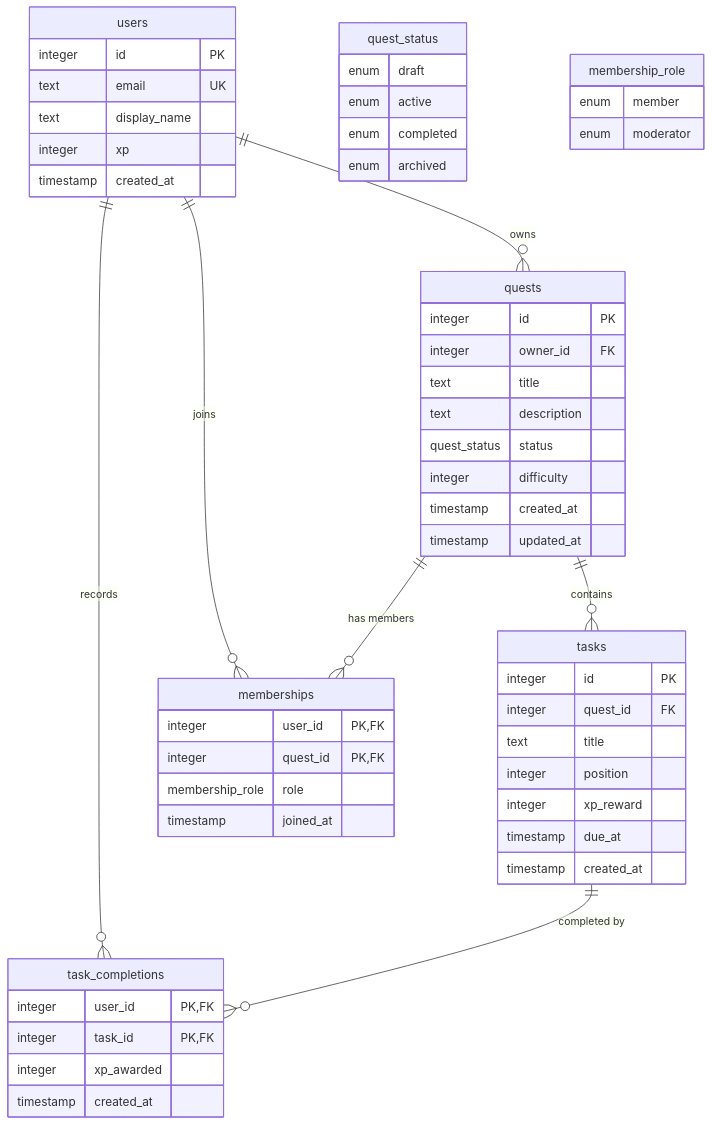
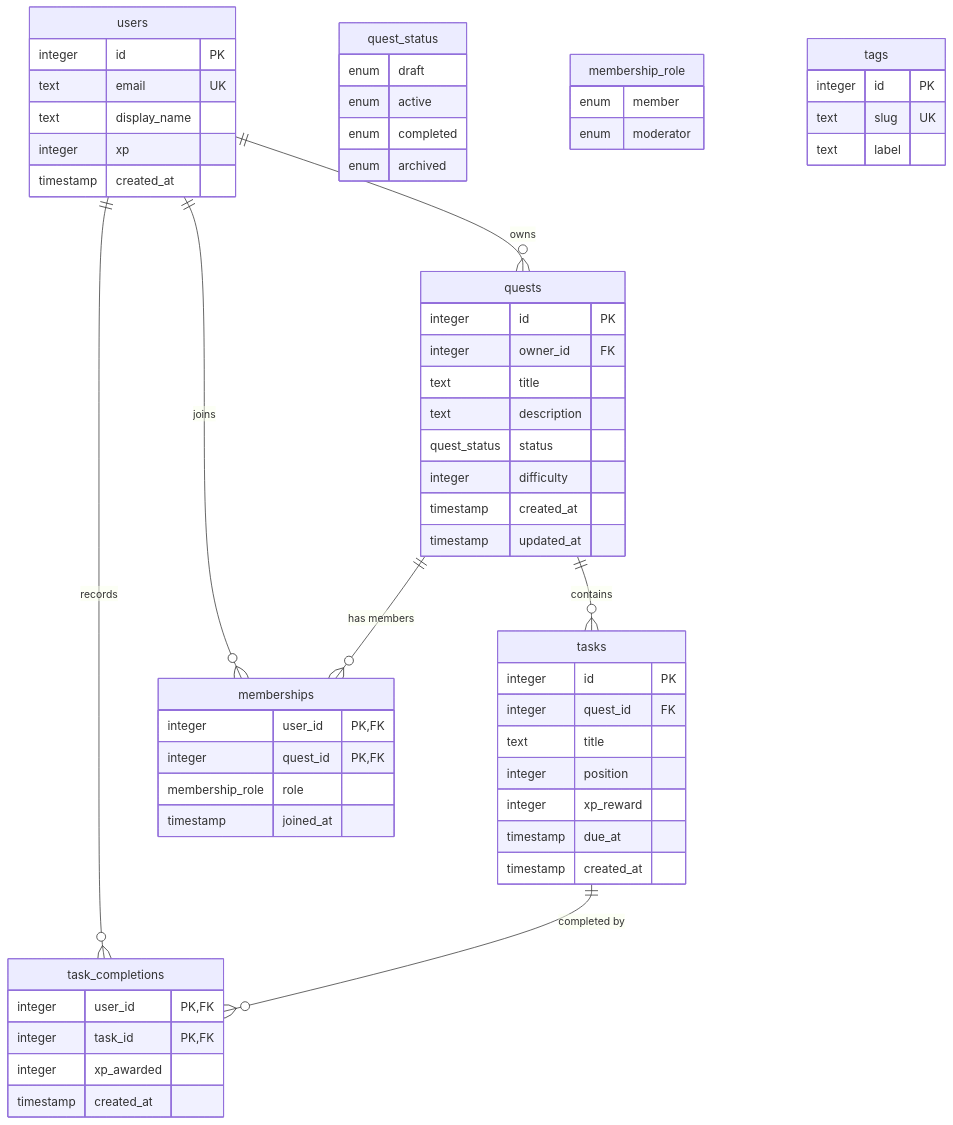
Before and after one commit to ccweerasinghe1994/drizzel-lerning-quest-project: the diagram in README.md, drawn with Mermaid. The commit also changed 3 other files, not shown here.

Commit message:
docs: update README for tags schema

````diff
--- a/README.md
+++ b/README.md
@@ -66,58 +66,63 @@
 ```mermaid
 erDiagram
     users ||--o{ quests : "owns"
     quests ||--o{ tasks : "contains"
     users ||--o{ memberships : "joins"
     quests ||--o{ memberships : "has members"
     users ||--o{ task_completions : "records"
     tasks ||--o{ task_completions : "completed by"
 
     quest_status {
         enum draft
         enum active
         enum completed
         enum archived
     }
     membership_role {
         enum member
         enum moderator
     }
     users {
         integer id PK
         text email UK
         text display_name
         integer xp
         timestamp created_at
     }
     quests {
         integer id PK
         integer owner_id FK
         text title
         text description
         quest_status status
         integer difficulty
         timestamp created_at
         timestamp updated_at
     }
     tasks {
         integer id PK
         integer quest_id FK
         text title
         integer position
         integer xp_reward
         timestamp due_at
         timestamp created_at
     }
     memberships {
         integer user_id PK, FK
         integer quest_id PK, FK
         membership_role role
         timestamp joined_at
     }
     task_completions {
         integer user_id PK, FK
         integer task_id PK, FK
         integer xp_awarded
         timestamp created_at
     }
+    tags {
+        integer id PK
+        text slug UK
+        text label
+    }
 ```
````
